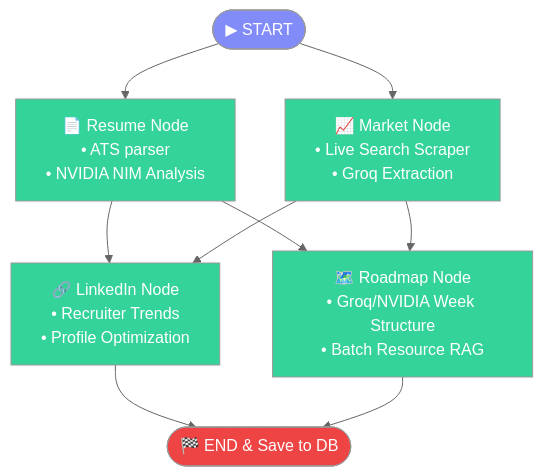
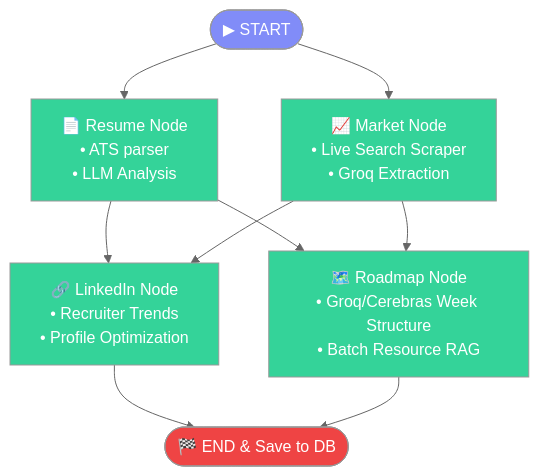
Before and after one commit to Anil-Pradhan-web/ai-career-mentor: the first of 2 diagrams in documentation/API.md, drawn with Mermaid (neutral theme). The commit also changed other lines of this file, not shown here.

Commit message:
docs: re-order API.md sections to place LinkedIn (Section 7) after Market and Full Career Analysis (Section 8) after LinkedIn

````diff
--- a/documentation/API.md
+++ b/documentation/API.md
@@ -630,22 +682,22 @@
 ```mermaid
 graph TD
     classDef startCls fill:#818cf8,color:#fff
     classDef nodeCls fill:#34d399,color:#fff
     classDef endCls fill:#ef4444,color:#fff
 
-    START(["▶ START"]) --> RESUME["📄 Resume Node<br/>• ATS parser<br/>• NVIDIA NIM Analysis"]
+    START(["▶ START"]) --> RESUME["📄 Resume Node<br/>• ATS parser<br/>• LLM Analysis"]
     START --> MARKET["📈 Market Node<br/>• Live Search Scraper<br/>• Groq Extraction"]
 
     RESUME --> LINKEDIN["🔗 LinkedIn Node<br/>• Recruiter Trends<br/>• Profile Optimization"]
     MARKET --> LINKEDIN
 
-    RESUME --> ROADMAP["🗺️ Roadmap Node<br/>• Groq/NVIDIA Week Structure<br/>• Batch Resource RAG"]
+    RESUME --> ROADMAP["🗺️ Roadmap Node<br/>• Groq/Cerebras Week Structure<br/>• Batch Resource RAG"]
     MARKET --> ROADMAP
 
     LINKEDIN --> END_NODE(["🏁 END & Save to DB"])
     ROADMAP --> END_NODE
 
     class START startCls
     class RESUME,MARKET,LINKEDIN,ROADMAP nodeCls
     class END_NODE endCls
 ```
````
